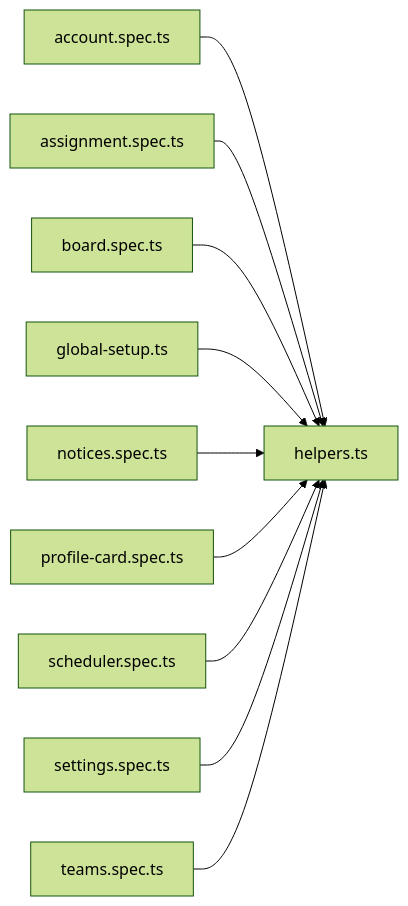
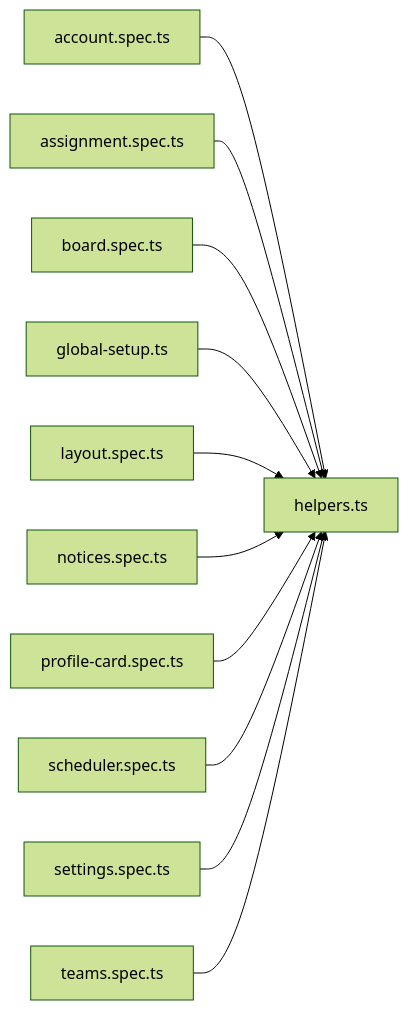
One commit to minkong-dev/Banblit changed the diagram in .cluedoc/graph/frontend/e2e/helpers.md. Above: the diagram before and after it, drawn with Mermaid (forest theme). The commit also changed other lines of this file and 31 other files, not shown here.

````diff
--- a/.cluedoc/graph/frontend/e2e/helpers.md
+++ b/.cluedoc/graph/frontend/e2e/helpers.md
@@ -10,13 +10,14 @@
 ```mermaid
 flowchart LR
   frontend_e2e_helpers["helpers.ts"]
   frontend_e2e_account_spec["account.spec.ts"] --> frontend_e2e_helpers
   frontend_e2e_assignment_spec["assignment.spec.ts"] --> frontend_e2e_helpers
   frontend_e2e_board_spec["board.spec.ts"] --> frontend_e2e_helpers
   frontend_e2e_global_setup["global-setup.ts"] --> frontend_e2e_helpers
+  frontend_e2e_layout_spec["layout.spec.ts"] --> frontend_e2e_helpers
   frontend_e2e_notices_spec["notices.spec.ts"] --> frontend_e2e_helpers
   frontend_e2e_profile_card_spec["profile-card.spec.ts"] --> frontend_e2e_helpers
   frontend_e2e_scheduler_spec["scheduler.spec.ts"] --> frontend_e2e_helpers
   frontend_e2e_settings_spec["settings.spec.ts"] --> frontend_e2e_helpers
   frontend_e2e_teams_spec["teams.spec.ts"] --> frontend_e2e_helpers
 ```
````
